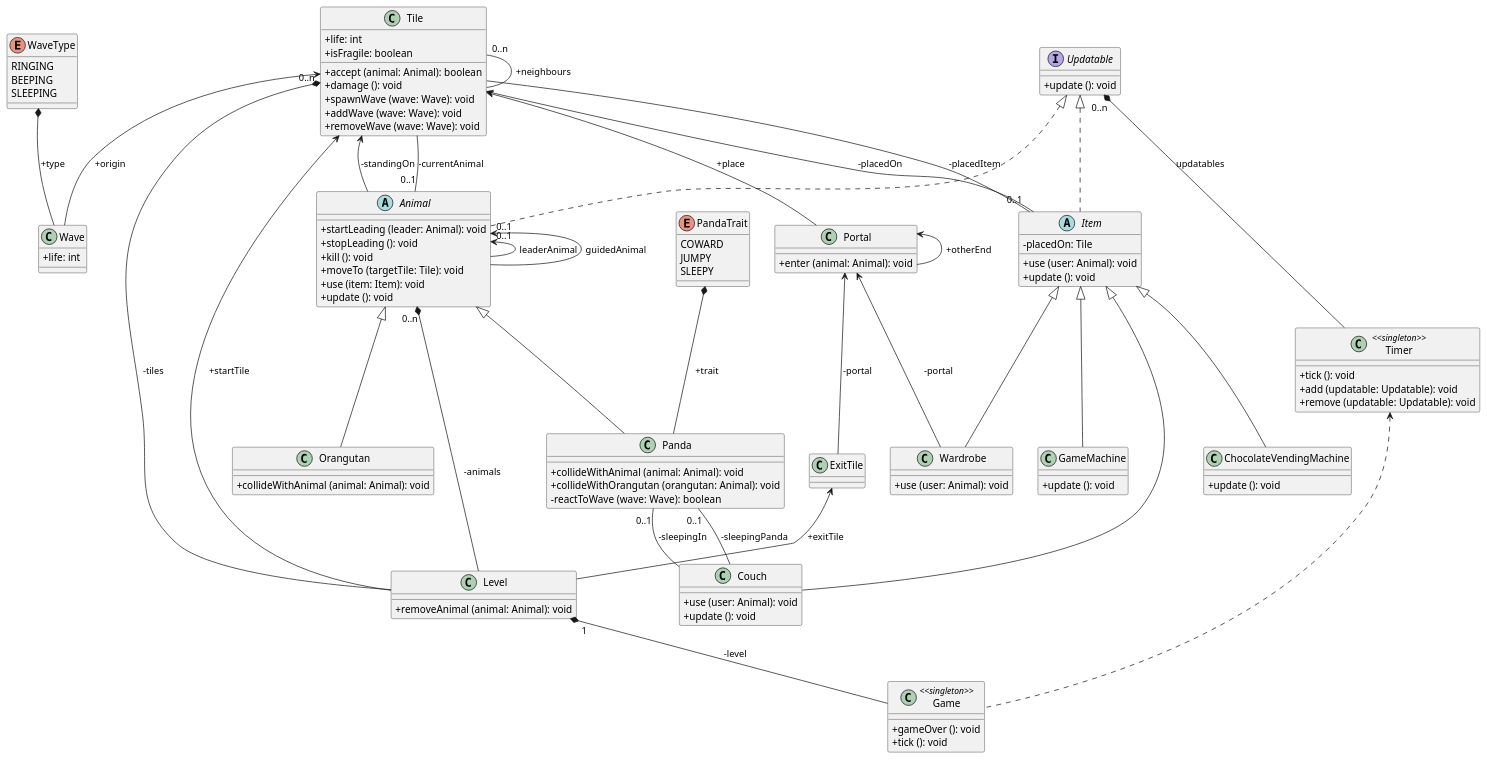
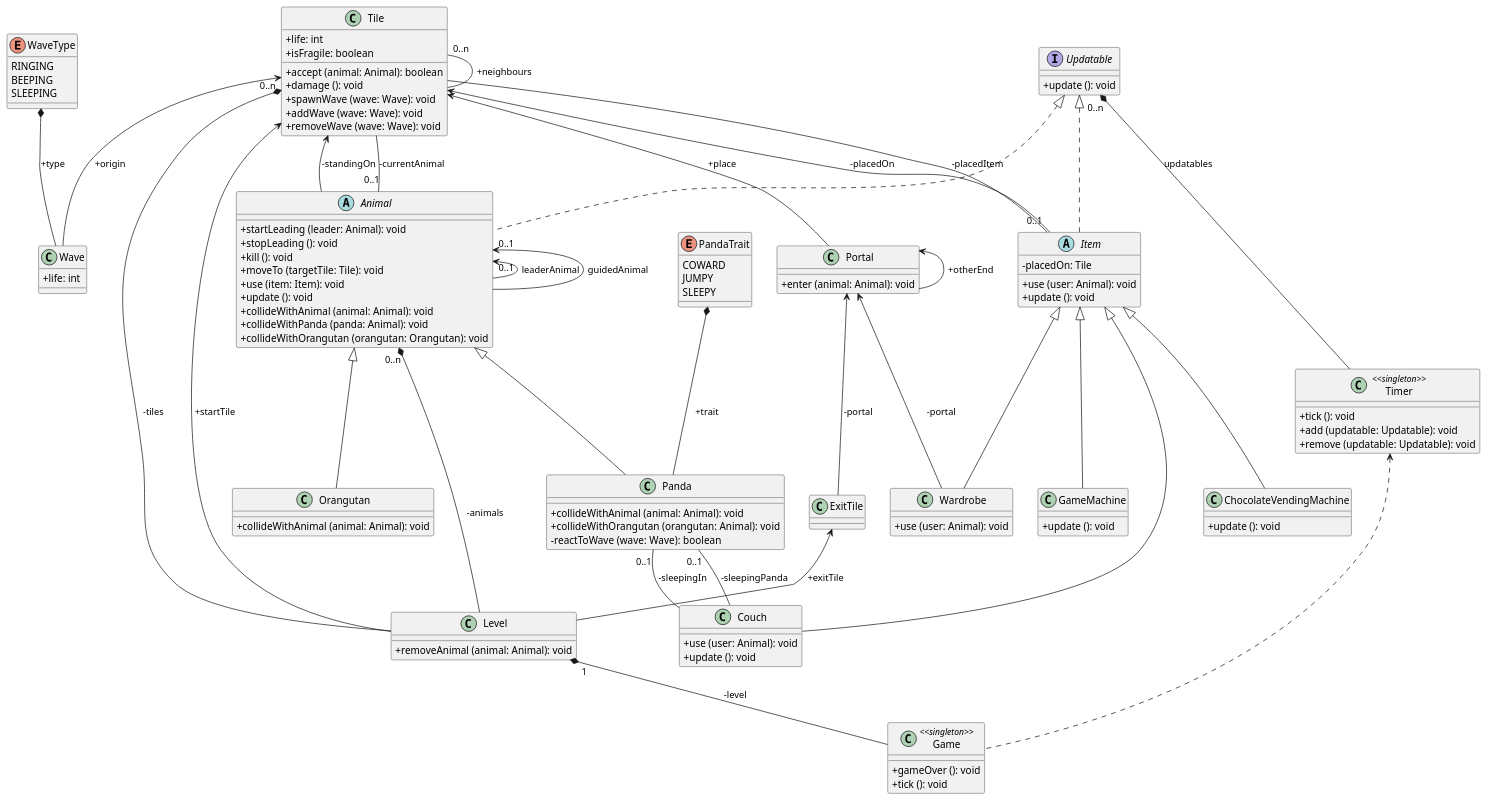
One commit to bokovhu/software-project-laboratory-assignment changed the diagram in 3-analysis-modell/java/src/main/plantuml/ClassDiagram.puml. Above: the diagram before and after it, drawn with PlantUML. The commit also changed 3 other files, not shown here.

Commit message:
Fix diagrams

```diff
--- a/3-analysis-modell/java/src/main/plantuml/ClassDiagram.puml
+++ b/3-analysis-modell/java/src/main/plantuml/ClassDiagram.puml
@@ -1,169 +1,172 @@
 @startuml
 
 skinparam classAttributeIconSize 0
 skinparam guillemet false
 
 ' =====
 ' Enums
 ' =====
 
 enum WaveType {
     RINGING
     BEEPING
     SLEEPING
 }
 
 enum PandaTrait {
     COWARD
     JUMPY
     SLEEPY
 }
 
 ' ==========
 ' Interfaces
 ' ==========
 
 interface Updatable {
     +update (): void
 }
 
 ' =======
 ' Classes
 ' =======
 
 class Timer <<singleton>> {
     +tick (): void
     +add (updatable: Updatable): void
     +remove (updatable: Updatable): void
 }
 
 class Game <<singleton>> {
     +gameOver (): void
     +tick (): void
 }
 
 class Level {
     +removeAnimal (animal: Animal): void
 }
 
 class Tile {
     +life: int
     +isFragile: boolean
     +accept (animal: Animal): boolean
     +damage (): void
     +spawnWave (wave: Wave): void
     +addWave (wave: Wave): void
     +removeWave (wave: Wave): void
 }
 
 class ExitTile {
 }
 
 abstract class Animal {
     +startLeading (leader: Animal): void
     +stopLeading (): void
     +kill (): void
     +moveTo (targetTile: Tile): void
     +use (item: Item): void
     +update (): void
+    +collideWithAnimal (animal: Animal): void
+    +collideWithPanda (panda: Animal): void
+    +collideWithOrangutan (orangutan: Orangutan): void
 }
 
 abstract class Item {
     -placedOn: Tile
     +use (user: Animal): void
     +update (): void
 }
 
 class Panda {
     +collideWithAnimal (animal: Animal): void
     +collideWithOrangutan (orangutan: Animal): void
     -reactToWave (wave: Wave): boolean
 }
 
 class Orangutan {
     +collideWithAnimal (animal: Animal): void
 }
 
 class Couch {
     +use (user: Animal): void
     +update (): void
 }
 
 class GameMachine {
     +update (): void
 }
 
 class ChocolateVendingMachine {
     +update (): void
 }
 
 class Wardrobe {
     +use (user: Animal): void
 }
 
 class Portal {
     +enter (animal: Animal): void
 }
 
 class Wave {
     +life: int
 }
 
 ' ===========
 ' Inheritance
 ' ===========
 
 Updatable <|.. Animal
 Updatable <|.. Item
 
 Animal <|-- Panda
 Animal <|-- Orangutan
 
 Item <|-- Couch
 Item <|-- GameMachine
 Item <|-- ChocolateVendingMachine
 Item <|-- Wardrobe
 
 ' ============
 ' Compositions
 ' ============
 
 Updatable "0..n" *-- Timer : updatables
 Tile "0..n" *-- Level : -tiles
 Animal "0..n" *-- Level : -animals
 Level "1" *-- Game: -level
 WaveType *-- Wave : +type
 PandaTrait *-- Panda : +trait
 
 ' ============
 ' Associations
 ' ============
 
 Tile "0..n" -- Tile : +neighbours
 
 Tile <-- Animal : -standingOn
 Animal "0..1" -- Tile : -currentAnimal
 
 Animal "0..1" <-- Animal : leaderAnimal
 Animal "0..1" <-- Animal : guidedAnimal
 
 Tile <-- Item : -placedOn
 Item "0..1" -- Tile : -placedItem
 
 Panda "0..1" -- Couch : -sleepingPanda
 Couch -- "0..1" Panda : -sleepingIn
 
 Tile <-- Wave : +origin
 
 Portal <-- Portal : +otherEnd
 Tile <-- Portal : +place
 
 Portal <-- ExitTile : -portal
 Portal <-- Wardrobe : -portal
 
 Timer <.. Game
 
 Tile <-- Level : +startTile
 ExitTile <-- Level : +exitTile
 
 @enduml
```
